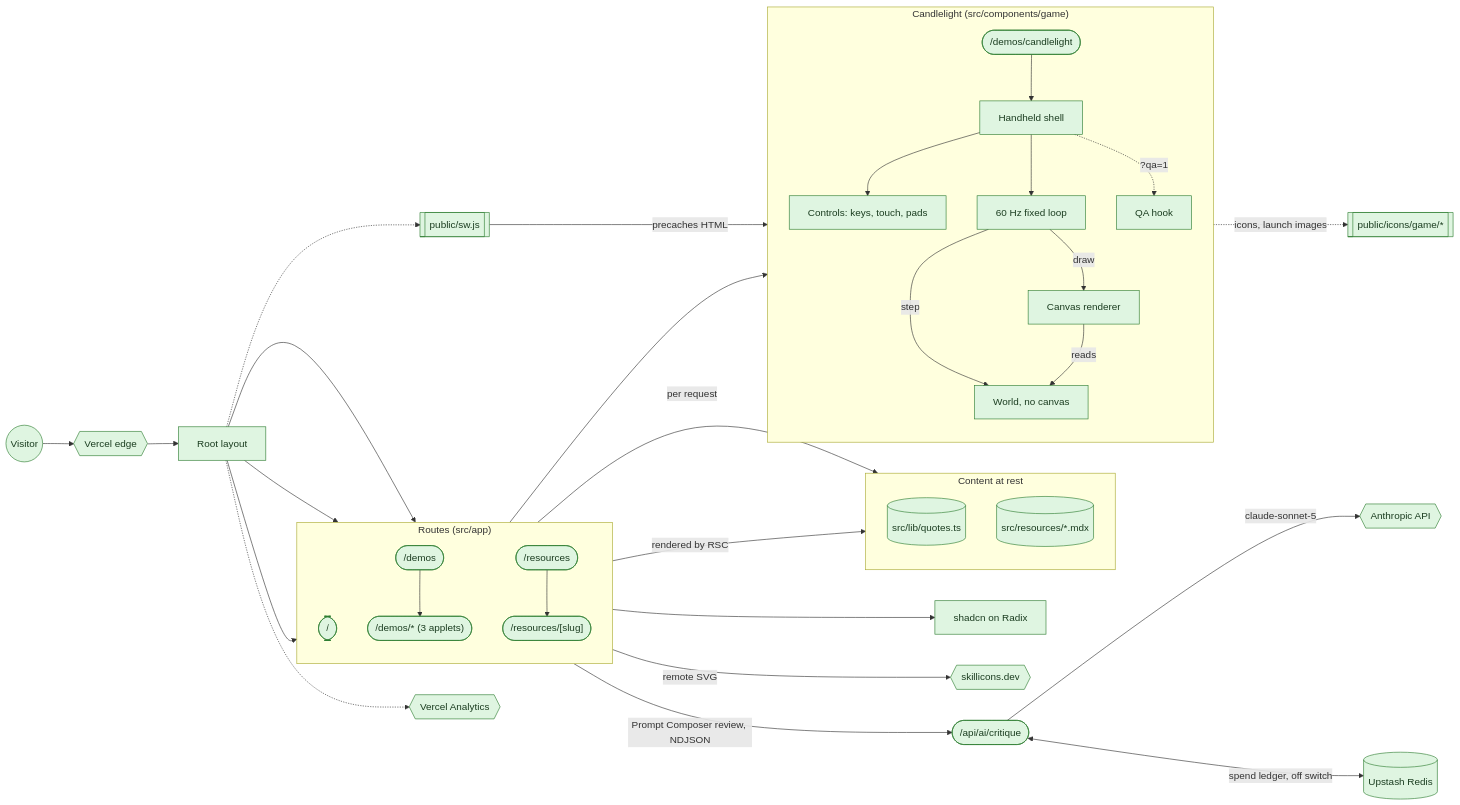
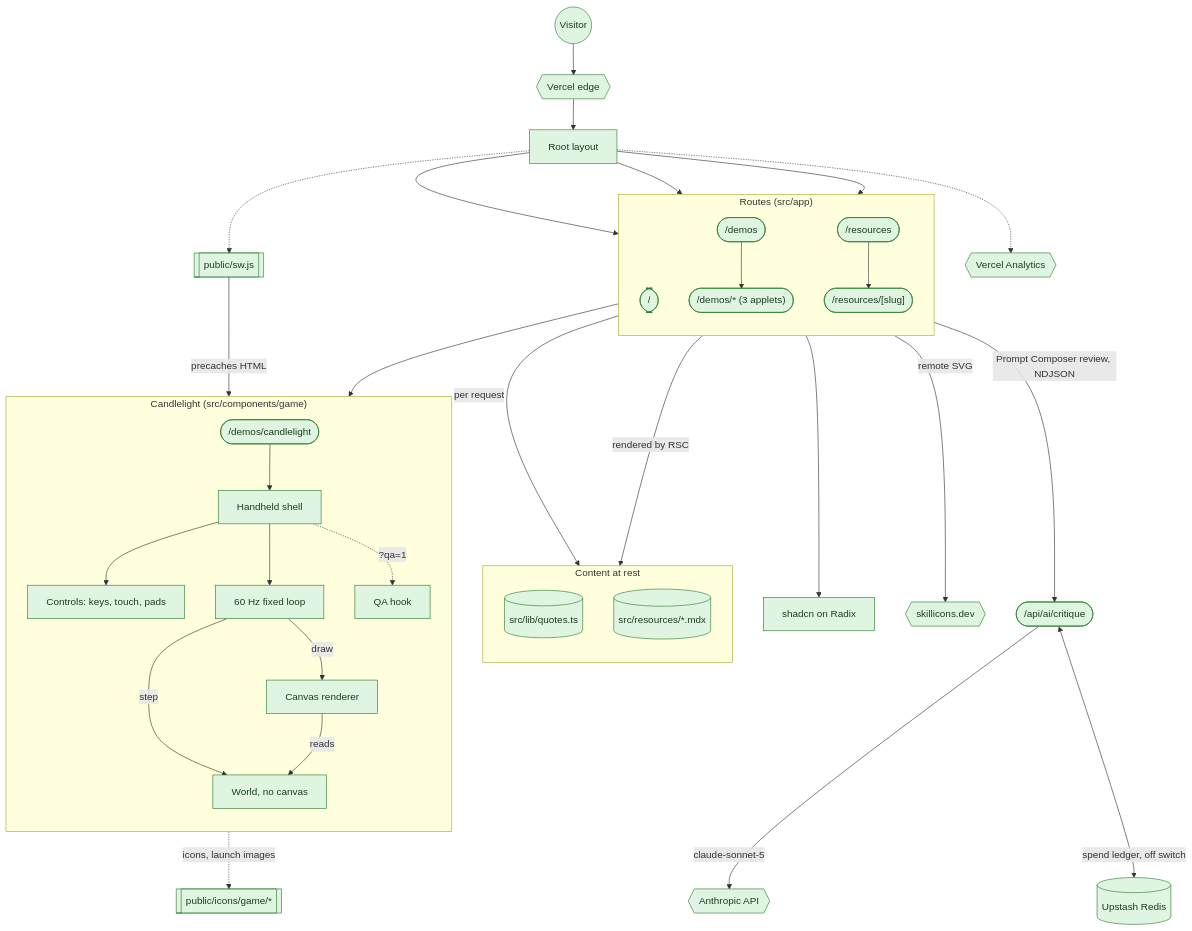
The first of 2 diagrams in README.md (cooperability/cooperability.com), drawn with Mermaid before and after one commit. The commit also changed other lines of this file and 21 other files, not shown here.

````diff
--- a/README.md
+++ b/README.md
@@ -15,70 +15,70 @@
 ```mermaid
-flowchart LR
+flowchart TB
   classDef built fill:#dff5e1,stroke:#2e7d32,color:#1b3d20
   classDef planned fill:#f2f2f2,stroke:#9e9e9e,color:#3d3d3d,stroke-dasharray:4 3
 
   visitor((Visitor)):::built
   edge{{"Vercel edge"}}:::built
   layout["Root layout"]:::built
 
   subgraph routes ["Routes (src/app)"]
     direction TB
     home(["/"]):::built
     demos(["/demos"]):::built
     applets(["/demos/* (3 applets)"]):::built
     reslist(["/resources"]):::built
     resdoc(["/resources/[slug]"]):::built
   end
 
   subgraph content ["Content at rest"]
     direction TB
     quotes[("src/lib/quotes.ts")]:::built
     mdx[("src/resources/*.mdx")]:::built
   end
 
   subgraph candle ["Candlelight (src/components/game)"]
     direction TB
     game(["/demos/candlelight"]):::built
     shell["Handheld shell"]:::built
     controls["Controls: keys, touch, pads"]:::built
     loop["60 Hz fixed loop"]:::built
     world["World, no canvas"]:::built
     renderer["Canvas renderer"]:::built
     qa["QA hook"]:::built
   end
   gameart[["public/icons/game/*"]]:::built
 
   ui["shadcn on Radix"]:::built
   sw[["public/sw.js"]]:::built
   icons{{"skillicons.dev"}}:::built
   vitals{{"Vercel Analytics"}}:::built
   ai(["/api/ai/critique"]):::built
   anthropic{{"Anthropic API"}}:::built
   kv[("Upstash Redis")]:::built
 
   visitor --> edge --> layout
   layout --> home
   layout --> demos
   layout --> reslist
   demos --> applets
   demos --> game
   game --> shell
   shell --> controls
   shell --> loop
   loop -->|step| world
   loop -->|draw| renderer
   renderer -->|reads| world
   shell -.->|"?qa=1"| qa
   game -.->|"icons, launch images"| gameart
   sw -->|precaches HTML| game
   reslist --> resdoc
   home -->|per request| quotes
   resdoc -->|"rendered by RSC"| mdx
   applets --> ui
   demos -->|remote SVG| icons
   layout -.-> sw
   layout -.-> vitals
   applets -->|"Prompt Composer review, NDJSON"| ai
   ai -->|claude-sonnet-5| anthropic
   ai <-->|"spend ledger, off switch"| kv
 ```
````
